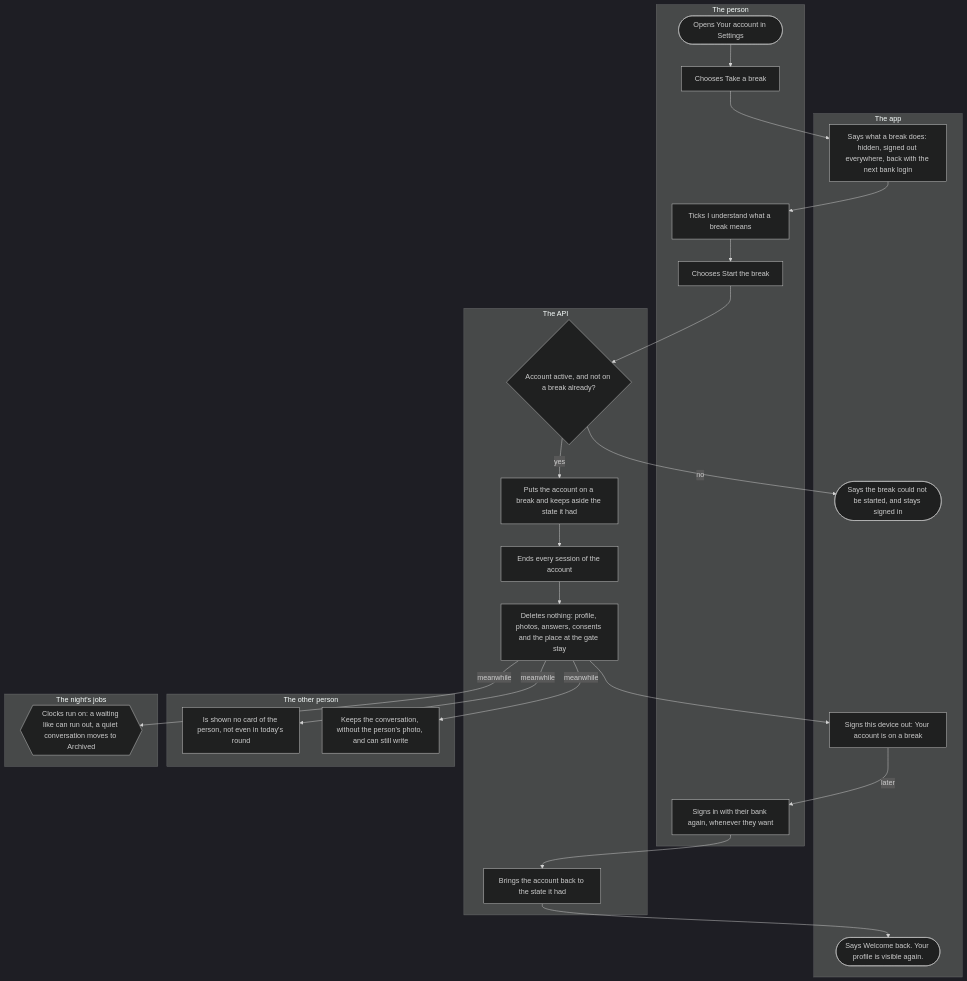
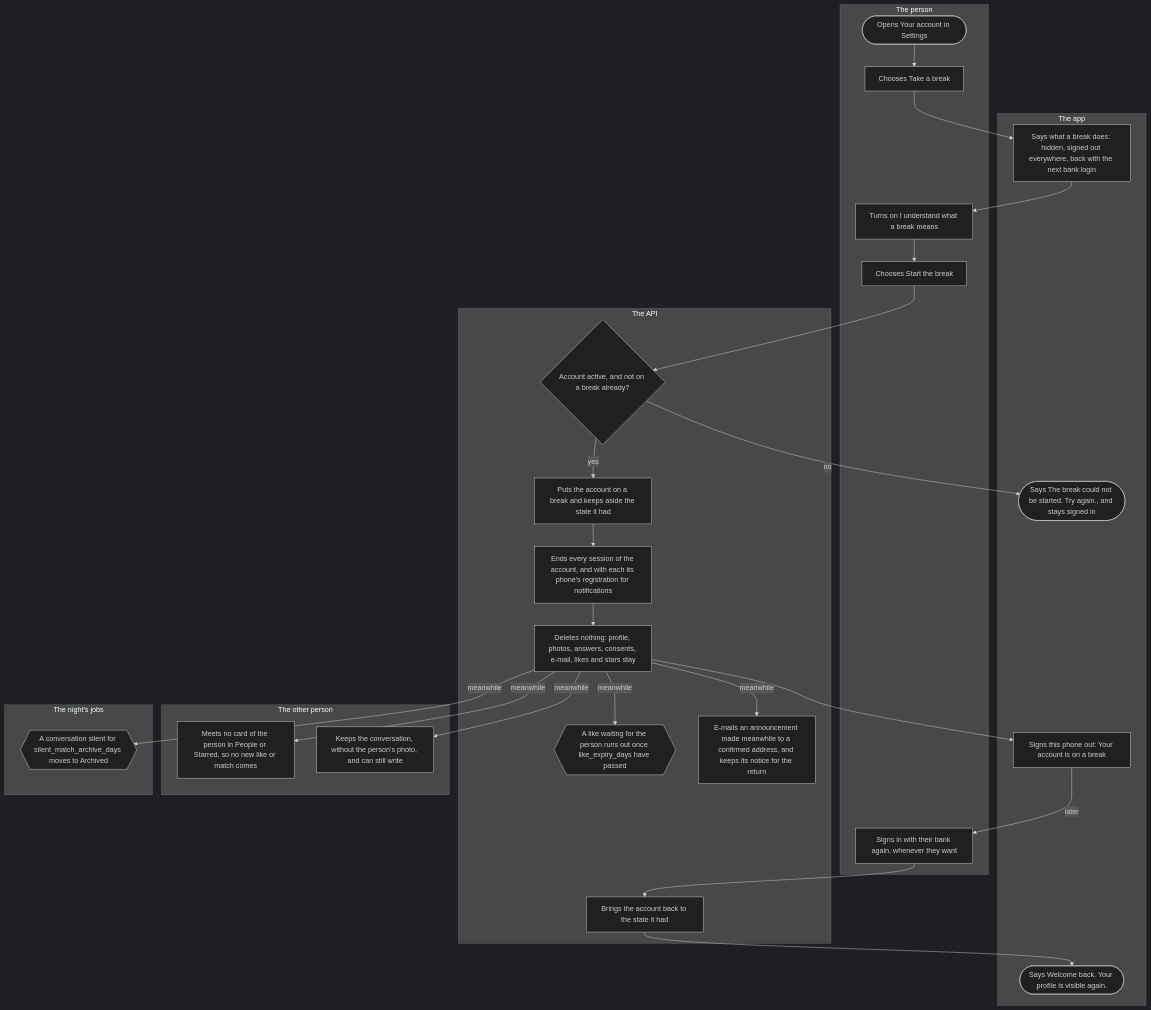
Before and after one commit to kuutti-ry/kuutti-app: the diagram in docs/flows/break.md, drawn with Mermaid (dark theme). The commit also changed other lines of this file and 41 other files, not shown here.

First line of the commit message:
Redraw the user flows against today's main, held by check:docs

````diff
--- a/docs/flows/break.md
+++ b/docs/flows/break.md
@@ -7,48 +24,52 @@
 ```mermaid
 flowchart TB
   accTitle: Taking a break
-  accDescr: The person starts a break from Your account after ticking that they understand it. The API hides the account, signs out every device and deletes nothing. Meanwhile nobody is shown their card and their conversations wait, while the night's clocks run on. Their next bank login brings the account back, and the app says welcome back.
+  accDescr: The person starts a break from Your account after turning on the switch that says they understand it. The API hides the account, signs out every device and deletes nothing. Meanwhile nobody meets their card, their conversations wait, the clocks run on, and an announcement still reaches a confirmed address. Their next bank login brings the account back, and the app says welcome back.
   subgraph person["The person"]
     s1(["Opens Your account in Settings"])
     s2["Chooses Take a break"]
-    s4["Ticks I understand what a break means"]
+    s4["Turns on I understand what a break means"]
     s5["Chooses Start the break"]
-    s15["Signs in with their bank again, whenever they want"]
+    s17["Signs in with their bank again, whenever they want"]
   end
   subgraph app["The app"]
     s3["Says what a break does: hidden, signed out everywhere, back with the next bank login"]
-    s7(["Says the break could not be started, and stays signed in"])
-    s11["Signs this device out: Your account is on a break"]
-    s17(["Says Welcome back. Your profile is visible again."])
+    s7(["Says The break could not be started. Try again., and stays signed in"])
+    s11["Signs this phone out: Your account is on a break"]
+    s19(["Says Welcome back. Your profile is visible again."])
   end
   subgraph api["The API"]
     s6{"Account active, and not on a break already?"}
     s8["Puts the account on a break and keeps aside the state it had"]
-    s9["Ends every session of the account"]
-    s10["Deletes nothing: profile, photos, answers, consents and the place at the gate stay"]
-    s16["Brings the account back to the state it had"]
+    s9["Ends every session of the account, and with each its phone's registration for notifications"]
+    s10["Deletes nothing: profile, photos, answers, consents, e-mail, likes and stars stay"]
+    s14{{"A like waiting for the person runs out once like_expiry_days have passed"}}
+    s16["E-mails an announcement made meanwhile to a confirmed address, and keeps its notice for the return"]
+    s18["Brings the account back to the state it had"]
   end
   subgraph other["The other person"]
-    s12["Is shown no card of the person, not even in today's round"]
+    s12["Meets no card of the person in People or Starred, so no new like or match comes"]
     s13["Keeps the conversation, without the person's photo, and can still write"]
   end
   subgraph night["The night's jobs"]
-    s14{{"Clocks run on: a waiting like can run out, a quiet conversation moves to Archived"}}
+    s15{{"A conversation silent for silent_match_archive_days moves to Archived"}}
   end
   s1 --> s2
   s2 --> s3
   s3 --> s4
   s4 --> s5
   s5 --> s6
   s6 -->|"no"| s7
   s6 -->|"yes"| s8
   s8 --> s9
   s9 --> s10
   s10 --> s11
   s10 -->|"meanwhile"| s12
   s10 -->|"meanwhile"| s13
   s10 -->|"meanwhile"| s14
-  s11 -->|"later"| s15
-  s15 --> s16
-  s16 --> s17
+  s10 -->|"meanwhile"| s15
+  s10 -->|"meanwhile"| s16
+  s11 -->|"later"| s17
+  s17 --> s18
+  s18 --> s19
 ```
````
